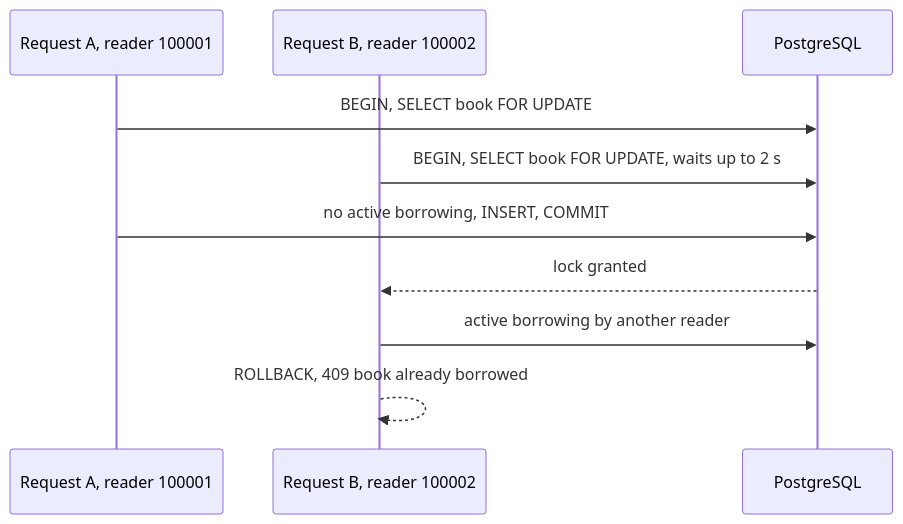
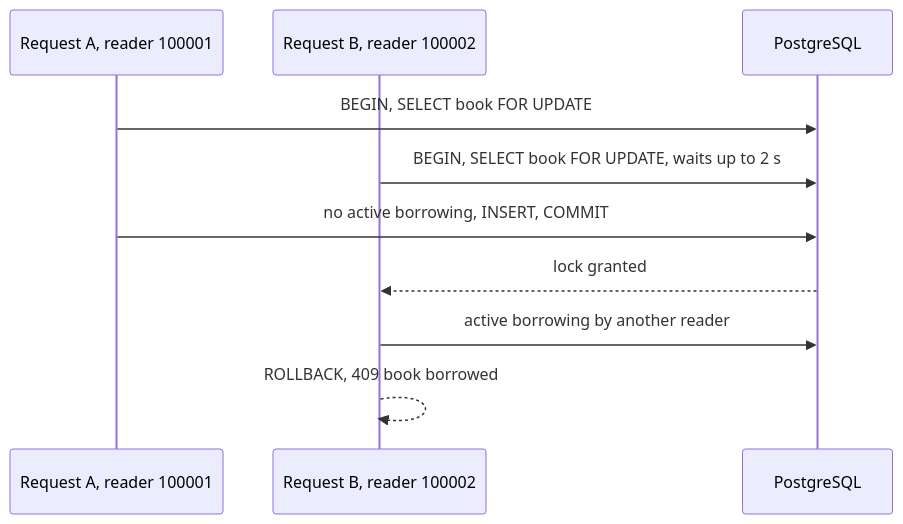
One commit to bbronek/bookcase-api changed the fifth of 6 diagrams in docs/diagrams.md. Above: the diagram before and after it, drawn with Mermaid. The commit also changed other lines of this file and 13 other files, not shown here.

Commit message:
refactor(api)!: use one book-borrowed problem type for every borrowed-book conflict

````diff
--- a/docs/diagrams.md
+++ b/docs/diagrams.md
@@ -135,13 +135,13 @@
 ```mermaid
 sequenceDiagram
     participant A as Request A, reader 100001
     participant B as Request B, reader 100002
     participant DB as PostgreSQL
 
     A->>DB: BEGIN, SELECT book FOR UPDATE
     B->>DB: BEGIN, SELECT book FOR UPDATE, waits up to 2 s
     A->>DB: no active borrowing, INSERT, COMMIT
     DB-->>B: lock granted
     B->>DB: active borrowing by another reader
-    B-->>B: ROLLBACK, 409 book already borrowed
+    B-->>B: ROLLBACK, 409 book borrowed
 ```
````
